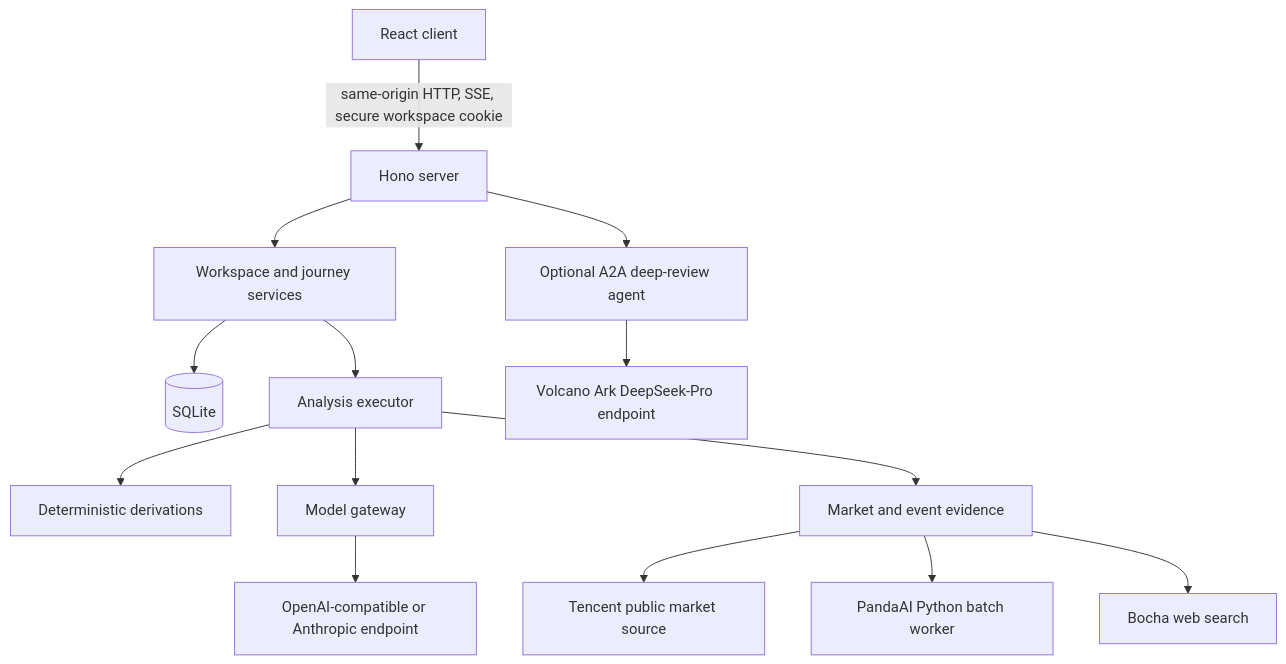
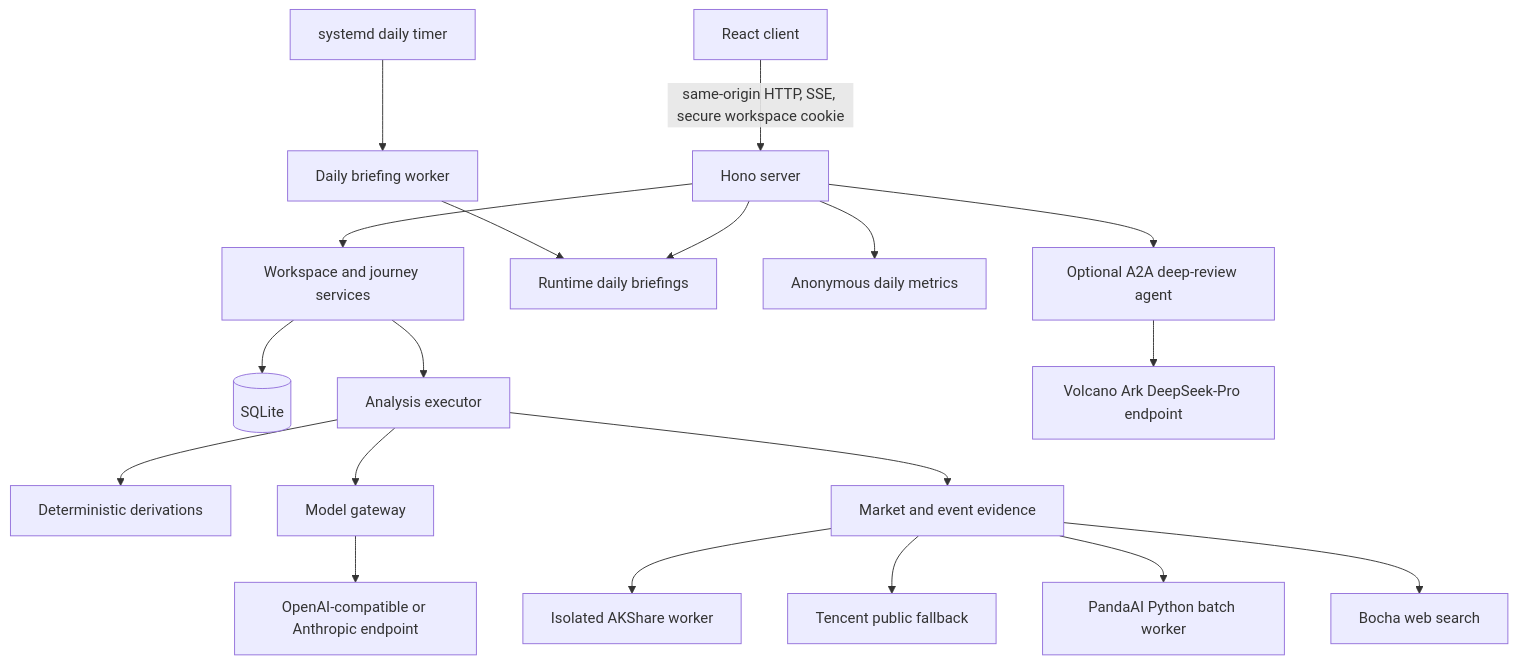
Before and after one commit to FinLens-team/Mandune: the diagram in docs/architecture.md, drawn with Mermaid. The commit also changed other lines of this file and 43 other files, not shown here.

````diff
--- a/docs/architecture.md
+++ b/docs/architecture.md
@@ -9,16 +9,21 @@
 ```mermaid
 flowchart TB
   Browser[React client] -->|same-origin HTTP, SSE, secure workspace cookie| Hono[Hono server]
   Hono --> Workspace[Workspace and journey services]
   Workspace --> SQLite[(SQLite)]
   Workspace --> Analysis[Analysis executor]
   Analysis --> Derivations[Deterministic derivations]
   Analysis --> Gateway[Model gateway]
   Analysis --> Evidence[Market and event evidence]
   Gateway --> Models[OpenAI-compatible or Anthropic endpoint]
-  Evidence --> Tencent[Tencent public market source]
+  Evidence --> AKShare[Isolated AKShare worker]
+  Evidence --> Tencent[Tencent public fallback]
   Evidence --> Panda[PandaAI Python batch worker]
   Evidence --> Bocha[Bocha web search]
+  Hono --> Briefing[Runtime daily briefings]
+  BriefingTimer[systemd daily timer] --> BriefingWorker[Daily briefing worker]
+  BriefingWorker --> Briefing
+  Hono --> Metrics[Anonymous daily metrics]
   Hono --> A2A[Optional A2A deep-review agent]
   A2A --> Ark[Volcano Ark DeepSeek-Pro endpoint]
 ```
````
